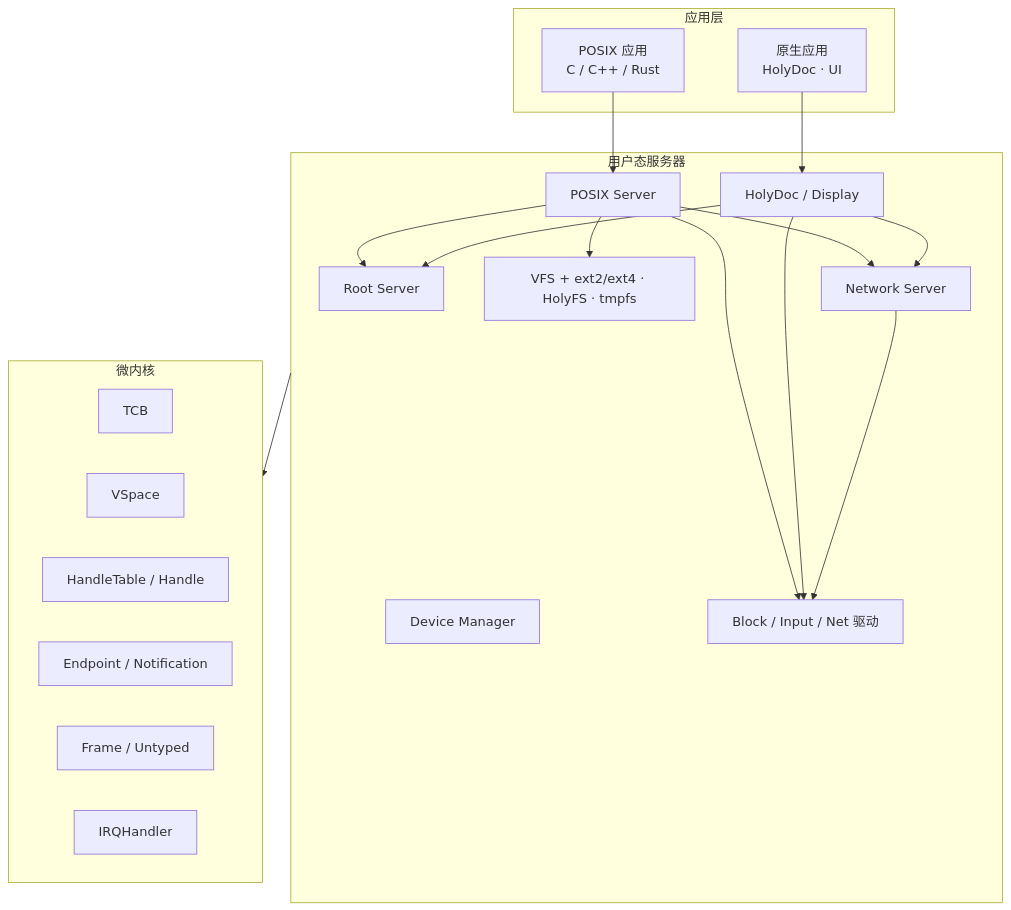
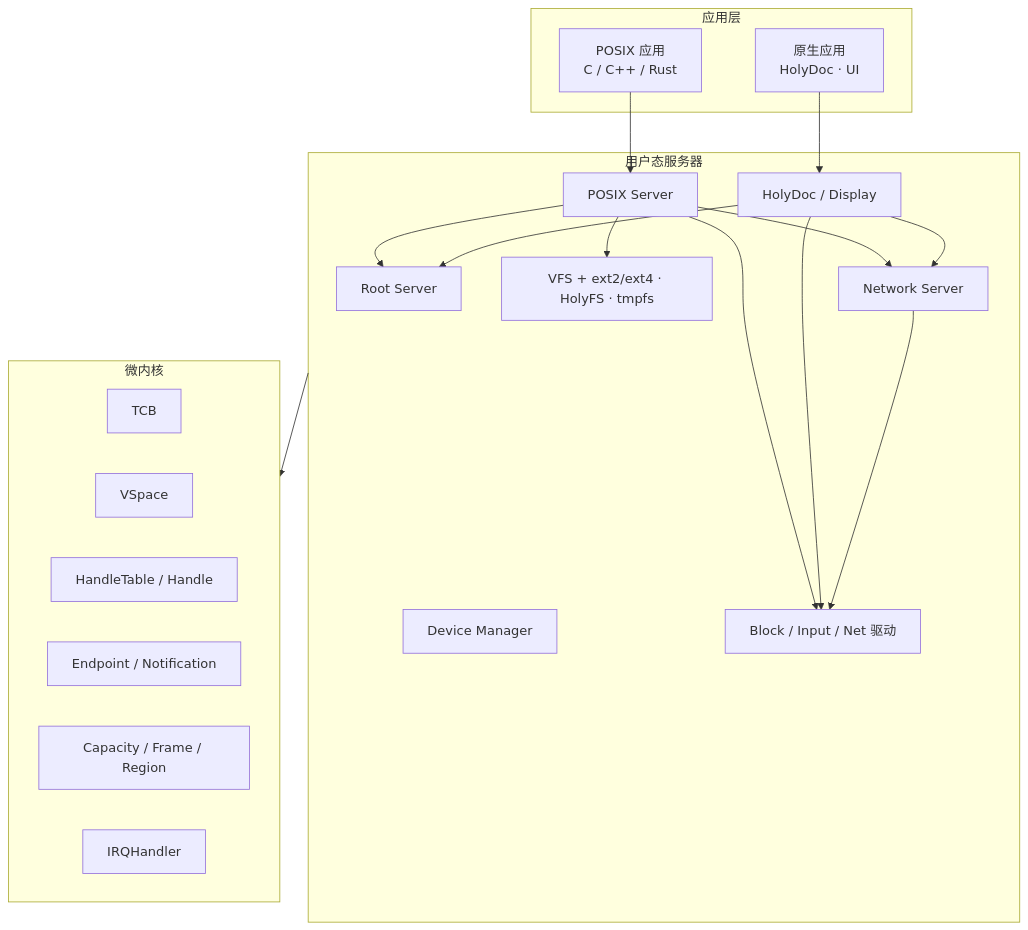
The first of 5 diagrams in docs/architecture.md (hongweifei/HolyKernel), drawn with Mermaid before and after one commit. The commit also changed other lines of this file and 9 other files, not shown here.

````diff
--- a/docs/architecture.md
+++ b/docs/architecture.md
@@ -13,35 +13,35 @@
 ```mermaid
 flowchart TB
     subgraph Apps["应用层"]
         PosixApps["POSIX 应用<br/>C / C++ / Rust"]
         NativeApps["原生应用<br/>HolyDoc · UI"]
     end
     subgraph Servers["用户态服务器"]
         Root["Root Server"]
         Device["Device Manager"]
         Drivers["Block / Input / Net 驱动"]
         FS["VFS + ext2/ext4 · HolyFS · tmpfs"]
         POSIX["POSIX Server"]
         Net["Network Server"]
         Native["HolyDoc / Display"]
     end
     subgraph Kernel["微内核"]
         TCB["TCB"]
         VSpace["VSpace"]
         HandleTable["HandleTable / Handle"]
         IPC["Endpoint / Notification"]
-        Frame["Frame / Untyped"]
+        Memory["Capacity / Frame / Region"]
         IRQ["IRQHandler"]
     end
     PosixApps --> POSIX
     NativeApps --> Native
     POSIX --> FS
     POSIX --> Net
     POSIX --> Drivers
     POSIX --> Root
     Native --> Net
     Native --> Drivers
     Native --> Root
     Net --> Drivers
     Servers --> Kernel
 ```
````
